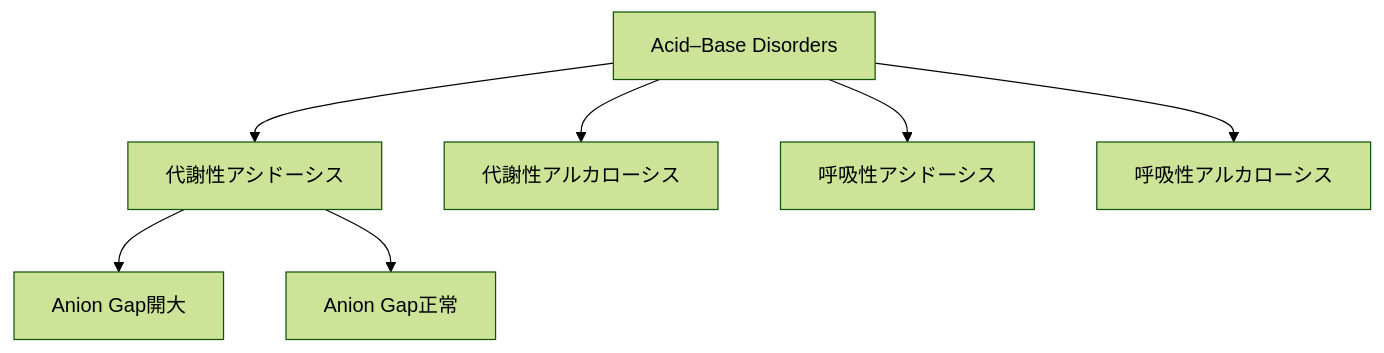
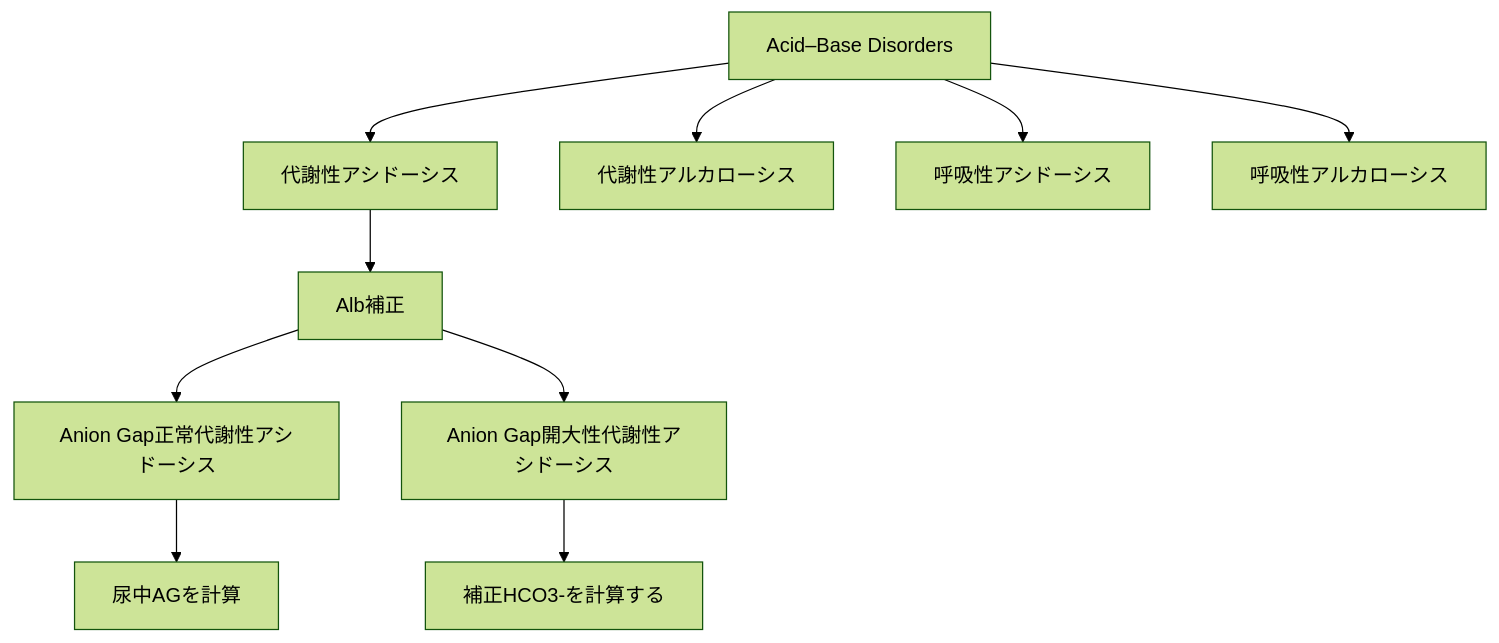
Before and after one commit to figarofuga/personal-slides: the diagram in medicine/blood_gas_analysis_mi/index.qmd, drawn with Mermaid (forest theme). The commit also changed other lines of this file and 57 other files, not shown here.

````diff
--- a/medicine/blood_gas_analysis_mi/index.qmd
+++ b/medicine/blood_gas_analysis_mi/index.qmd
@@ -62,21 +87,24 @@
 ```{mermaid}
 %%| fig-width: 10
 %%| fig-height: 6
 
 flowchart TD
     ABG["Acid–Base Disorders"]
 
     ABG --> MA["代謝性アシドーシス"]
     ABG --> MK["代謝性アルカローシス"]
     ABG --> RA["呼吸性アシドーシス"]
     ABG --> RK["呼吸性アルカローシス"]
     
-    MA --> AG["Anion Gap開大"]
-    MA --> NAG["Anion Gap正常"]
+    MA --> Albcorrect["Alb補正"]
+    Albcorrect --> NAG["Anion Gap正常代謝性アシドーシス"]
+    Albcorrect --> AG["Anion Gap開大性代謝性アシドーシス"]
+    AG --> HCO3["補正HCO3-を計算する"]
+    NAG --> urineag["尿中AGを計算"]
 
     click AG "#/ag-acidosis"
     click NAG "#/nag-acidosis"
     click MK "#/metabolic-alkalosis"
     click RA "#/respiratory-acidosis"
     click RK "#/respiratory-alkalosis"
 ```
````
